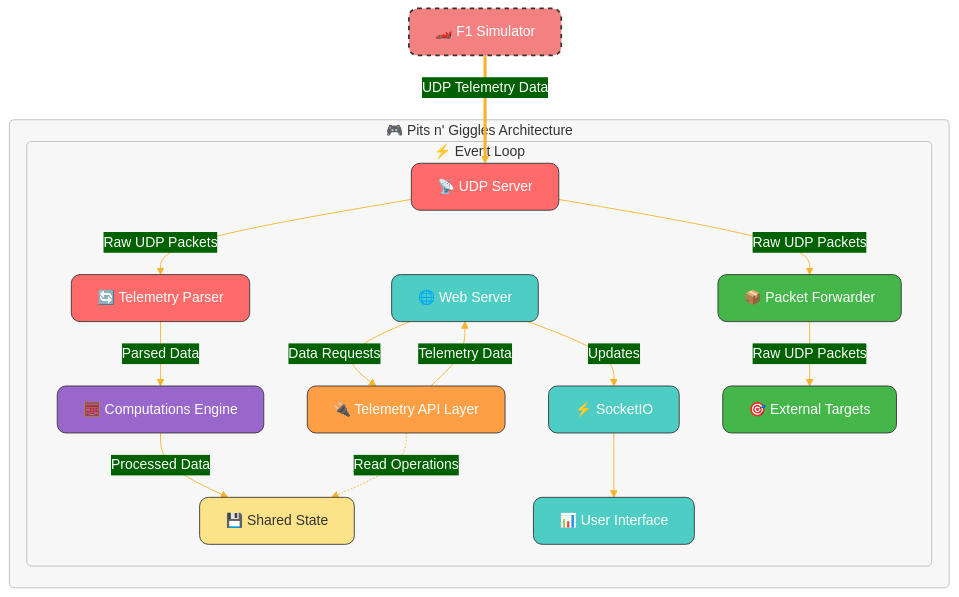
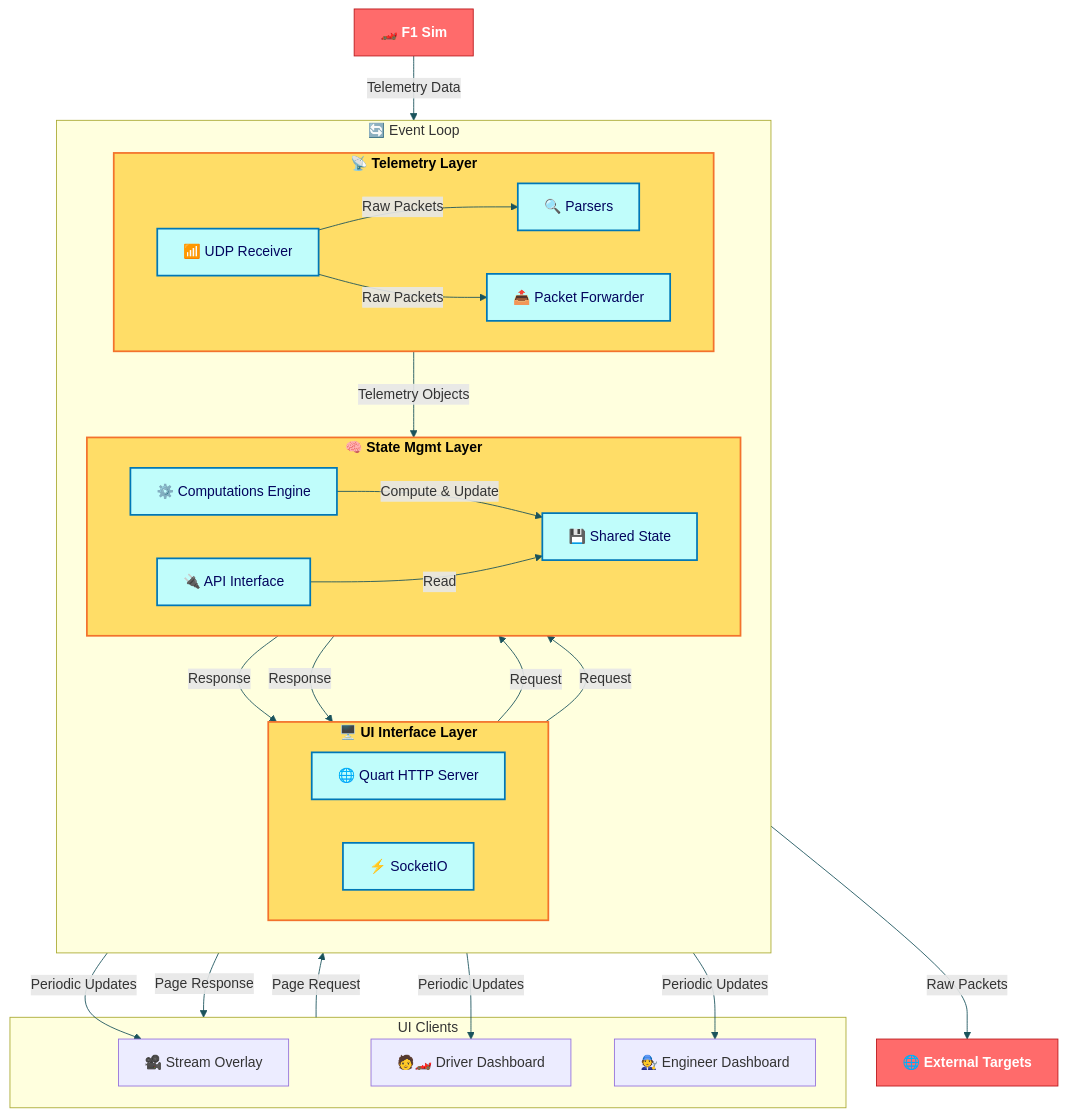
One commit to kmransom56/pitsngiggles-mcp-integration changed the diagram in screenshots/arch.mmd. Above: the diagram before and after it, drawn with Mermaid. The commit also changed 13 other files, not shown here.

```diff
--- a/screenshots/arch.mmd
+++ b/screenshots/arch.mmd
@@ -1,72 +1,72 @@
-%%{
-  init: {
-    'theme': 'base',
-    'themeVariables': {
-      'primaryColor': '#5D8AA8',
-      'primaryTextColor': '#fff',
-      'primaryBorderColor': '#5D8AA8',
-      'lineColor': '#F8B229',
-      'secondaryColor': '#006100',
-      'tertiaryColor': '#fff'
-    },
-    'flowchart': {
-      'curve': 'basis',
-      'htmlLabels': true,
-      'diagramPadding': 20
-    }
-  }
-}%%
-flowchart TB
-    %% External simulator
-    SIM["🏎️ F1 Simulator"]
-    %% Main application architecture
-    subgraph APP["🎮 Pits n' Giggles Architecture"]
-        subgraph RUNTIME["⚡ Event Loop"]
-            %% Telemetry components
-            UDP["📡 UDP Server"]
-            PARSER["🔄 Telemetry Parser"]
-            COMPUTE["🧮 Computations Engine"]
-            DS["💾 Shared State"]
-            %% Web components
-            FLASK["🌐 Web Server"]
-            API["🔌 Telemetry API Layer"]
+%%{ init : { "theme" : "default", "themeVariables": {
+    "background": "#ffffff",
+    "primaryColor": "#4ECDC4",
+    "primaryTextColor": "#1A535C",
+    "primaryBorderColor": "#1A535C",
+    "lineColor": "#1A535C",
+    "fontSize": "16px"
+}} }%%
+
+flowchart TD
+    %% Main components
+    F1_SIM["🏎️ F1 Sim"]
+    EXT_TGT["🌐 External Targets"]
+
+    %% Event Loop with revised layout - UI and Telemetry on same level, State Management below
+    subgraph EVENT_LOOP["🔄 Event Loop"]
+        direction TB
+
+        subgraph TELEMETRY_LAYER["📡 Telemetry Layer"]
+            direction LR
+            UDP_RECV["📶 UDP Receiver"]
+            PARSERS["🔍 Parsers"]
+            PACKET_FWD["📤 Packet Forwarder"]
+        end
+
+        subgraph UI_INTF_LAYER["🖥️ UI Interface Layer"]
+            direction LR
+            QUART["🌐 Quart HTTP Server"]
             SOCKETIO["⚡ SocketIO"]
-            UI["📊 User Interface"]
-            %% Forwarding components
-            FORWARDER["📦 Packet Forwarder"]
-            TARGETS["🎯 External Targets"]
-            %% Data flows
-            UDP -->|"Raw UDP Packets"| PARSER
-            PARSER -->|"Parsed Data"| COMPUTE
-            COMPUTE -->|"Processed Data"| DS
-            UDP -->|"Raw UDP Packets"| FORWARDER
-            FORWARDER -->|"Raw UDP Packets"| TARGETS
-            %% API integration
-            FLASK -->|"Data Requests"| API
-            API -.->|"Read Operations"| DS
-            API -->|"Telemetry Data"| FLASK
-            FLASK -->|"Updates"| SOCKETIO
-            SOCKETIO --> UI
+        end
+
+        subgraph STATE_MGMT_LAYER["🧠 State Mgmt Layer"]
+            direction LR
+            COMP_ENGINE["⚙️ Computations Engine"]
+            SHARED_STATE["💾 Shared State"]
+            API_INTF["🔌 API Interface"]
         end
     end
-    %% External data flow
-    SIM ==>|"UDP Telemetry Data"| UDP
-    %% Styling classes
-    classDef main fill:#5D8AA8,color:#fff,stroke:#333,stroke-width:2px;
-    classDef group1 fill:#FF6B6B,color:#fff,stroke:#333,stroke-width:1px,rx:10,ry:10;
-    classDef group2 fill:#4ECDC4,color:#fff,stroke:#333,stroke-width:1px,rx:10,ry:10;
-    classDef group3 fill:#45B649,color:#fff,stroke:#333,stroke-width:1px,rx:10,ry:10;
-    classDef compute fill:#9966CC,color:#fff,stroke:#333,stroke-width:1px,rx:10,ry:10;
-    classDef datastore fill:#FCE38A,color:#333,stroke:#333,stroke-width:1px,rx:10,ry:10;
-    classDef external fill:#F38181,color:#fff,stroke:#333,stroke-width:2px,stroke-dasharray:5 5,rx:10,ry:10;
-    classDef container fill:#F7F7F7,color:#333,stroke:#BBBBBB,stroke-width:1px,rx:5,ry:5;
-    classDef api fill:#FF9F45,color:#fff,stroke:#333,stroke-width:1px,rx:10,ry:10;
-    %% Apply styling classes
-    class UDP,PARSER group1;
-    class FLASK,SOCKETIO,UI group2;
-    class FORWARDER,TARGETS group3;
-    class COMPUTE compute;
-    class DS datastore;
-    class SIM external;
-    class APP,RUNTIME container;
-    class API api;
+
+    subgraph UI_CLIENTS["UI Clients"]
+        STREAM_OVERLAY["🎥 Stream Overlay"]
+        DRV_VIEW["🧑🏎️ Driver Dashboard"]
+        ENG_VIEW["🧑‍🔧 Engineer Dashboard"]
+    end
+
+    %% External connections
+    F1_SIM -->|"Telemetry Data"| UDP_RECV
+    UDP_RECV -->|"Raw Packets"| PARSERS
+    UDP_RECV -->|"Raw Packets"| PACKET_FWD
+    PACKET_FWD -->|"Raw Packets"| EXT_TGT
+    PARSERS -->|"Telemetry Objects"| COMP_ENGINE
+    COMP_ENGINE -->|"Compute & Update"| SHARED_STATE
+    API_INTF -->|"Read"| SHARED_STATE
+    QUART -->|"Request"| API_INTF
+    API_INTF -->|"Response"| QUART
+    SOCKETIO -->|"Request"| API_INTF
+    API_INTF -->|"Response"| SOCKETIO
+    SOCKETIO -->|"Periodic Updates"| STREAM_OVERLAY
+    SOCKETIO -->|"Periodic Updates"| DRV_VIEW
+    SOCKETIO -->|"Periodic Updates"| ENG_VIEW
+    UI_CLIENTS -->|"Page Request"| QUART
+    QUART -->|"Page Response"| UI_CLIENTS
+
+
+    %% Classes for styles
+    classDef external fill:#FF6B6B,stroke:#BA181B,color:#ffffff,font-weight:bold
+    classDef layer fill:#FFDD67,stroke:#F3722C,stroke-width:2px,color:#000000,font-weight:bold
+    classDef component fill:#C0FDFB,stroke:#0077B6,stroke-width:2px,color:#03045E,rounded
+
+    class F1_SIM,EXT_TGT external
+    class TELEMETRY_LAYER,STATE_MGMT_LAYER,UI_INTF_LAYER layer
+    class UDP_RECV,PARSERS,PACKET_FWD,COMP_ENGINE,API_INTF,SHARED_STATE,QUART,SOCKETIO component
```
